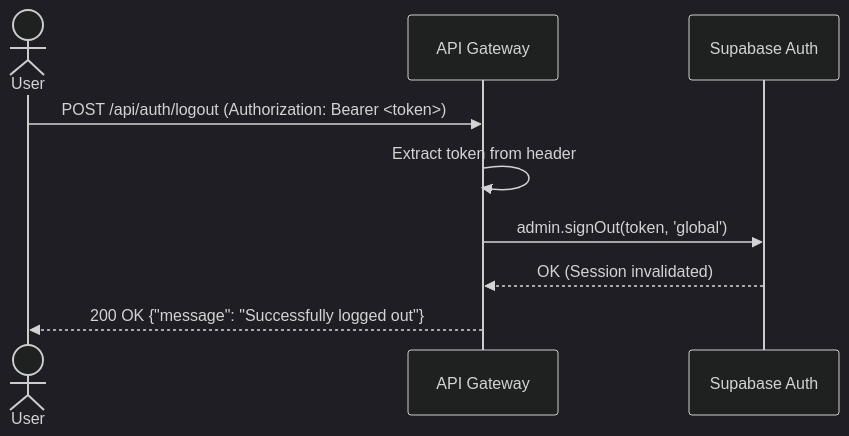
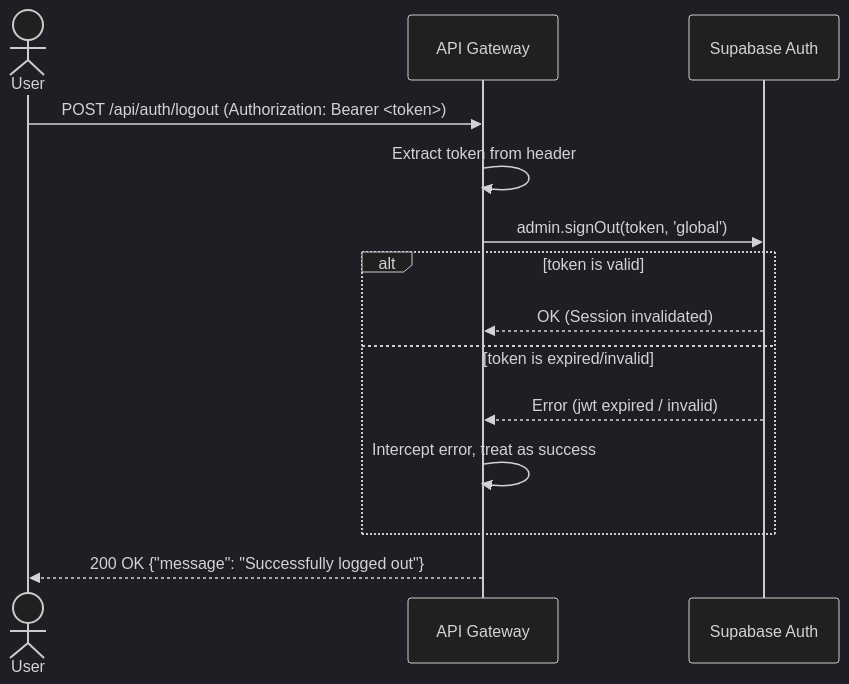
The diagram in docs/backend/resources/auth-logout.md (kanzhamada/Dokyudo), drawn with Mermaid (dark theme) before and after one commit. The commit also changed other lines of this file and 12 other files, not shown here.

````diff
--- a/docs/backend/resources/auth-logout.md
+++ b/docs/backend/resources/auth-logout.md
@@ -7,12 +9,19 @@
 ```mermaid
 sequenceDiagram
     actor U as User
     participant GW as API Gateway
     participant Supabase as Supabase Auth
 
     U->>GW: POST /api/auth/logout (Authorization: Bearer <token>)
     GW->>GW: Extract token from header
     GW->>Supabase: admin.signOut(token, 'global')
-    Supabase-->>GW: OK (Session invalidated)
+    
+    alt token is valid
+        Supabase-->>GW: OK (Session invalidated)
+    else token is expired/invalid
+        Supabase-->>GW: Error (jwt expired / invalid)
+        GW->>GW: Intercept error, treat as success
+    end
+    
     GW-->>U: 200 OK {"message": "Successfully logged out"}
 ```
````
